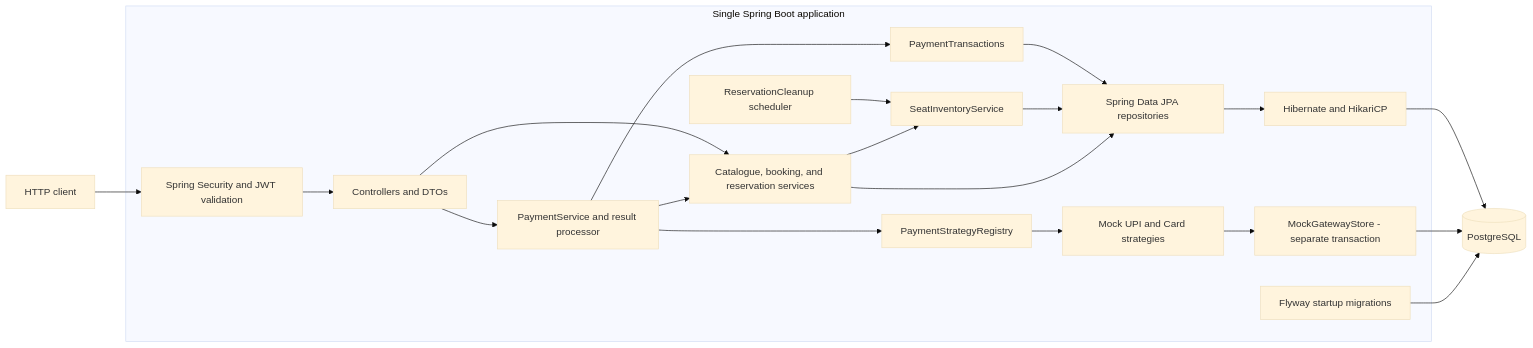
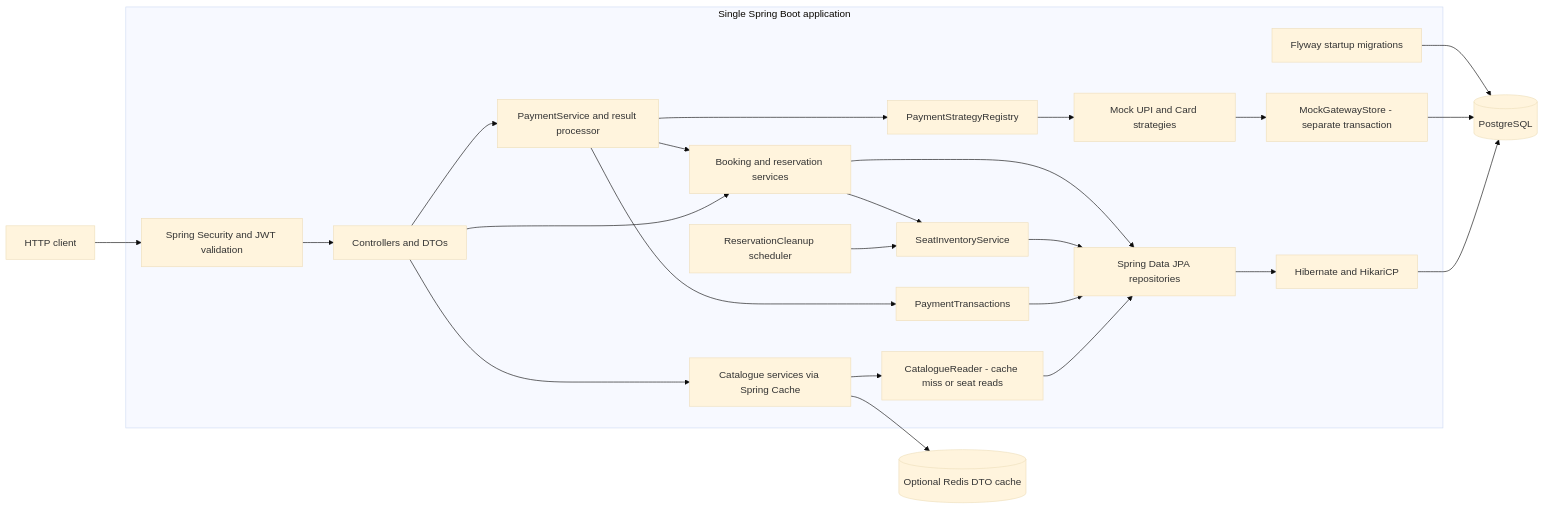
The diagram in README.md (Avnish666/Tbooker), drawn with Mermaid (base theme) before and after one commit. The commit also changed other lines of this file and 41 other files, not shown here.

Commit message:
Add Redis catalogue caching and performance verification

````diff
--- a/README.md
+++ b/README.md
@@ -41,24 +45,28 @@
 ```mermaid
 flowchart LR
     Client[HTTP client] --> Security[Spring Security and JWT validation]
     subgraph App[Single Spring Boot application]
         Security --> Controllers[Controllers and DTOs]
-        Controllers --> Services[Catalogue, booking, and reservation services]
+        Controllers --> Catalogue[Catalogue services via Spring Cache]
+        Catalogue --> Reader[CatalogueReader - cache miss or seat reads]
+        Reader --> Repos
+        Controllers --> Services[Booking and reservation services]
         Controllers --> Payments[PaymentService and result processor]
         Payments --> Tx[PaymentTransactions]
         Tx --> Repos
         Payments --> Registry[PaymentStrategyRegistry]
         Registry --> Gateway[Mock UPI and Card strategies]
         Gateway --> Ledger[MockGatewayStore - separate transaction]
         Payments --> Services
         Cleanup[ReservationCleanup scheduler] --> Inventory[SeatInventoryService]
         Services --> Inventory
         Inventory --> Repos
         Services --> Repos[Spring Data JPA repositories]
         Repos --> Persistence[Hibernate and HikariCP]
         Flyway[Flyway startup migrations]
     end
+    Catalogue --> Redis[(Optional Redis DTO cache)]
     Persistence --> DB[(PostgreSQL)]
     Ledger --> DB
     Flyway --> DB
 ```
````
